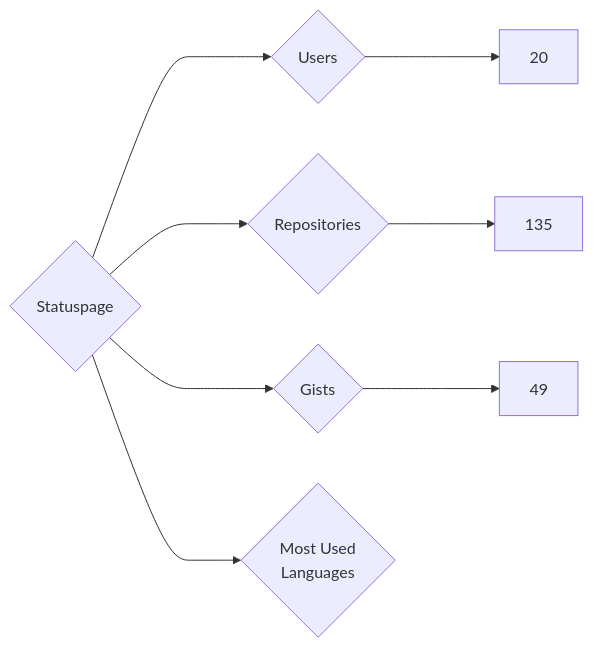
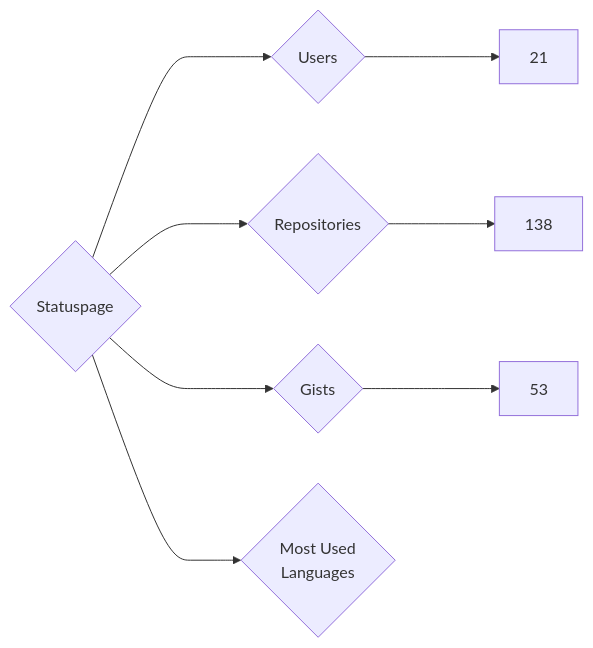
Before and after one commit to nenadzaric/insiders: the diagram in targets/Statuspage/README.md, drawn with Mermaid. The commit also changed 1342 other files, not shown here.

````diff
--- a/targets/Statuspage/README.md
+++ b/targets/Statuspage/README.md
@@ -3,8 +3,8 @@
 ```mermaid
 graph LR
 COMPANY_NAME{Statuspage}
-COMPANY_NAME ---> U{Users} ---> UN[20]
-COMPANY_NAME ---> R{Repositories} ---> RN[135]
-COMPANY_NAME ---> G{Gists} ---> GN[49]
+COMPANY_NAME ---> U{Users} ---> UN[21]
+COMPANY_NAME ---> R{Repositories} ---> RN[138]
+COMPANY_NAME ---> G{Gists} ---> GN[53]
 COMPANY_NAME ---> ML{Most Used<br>Languages}
 ```
````
